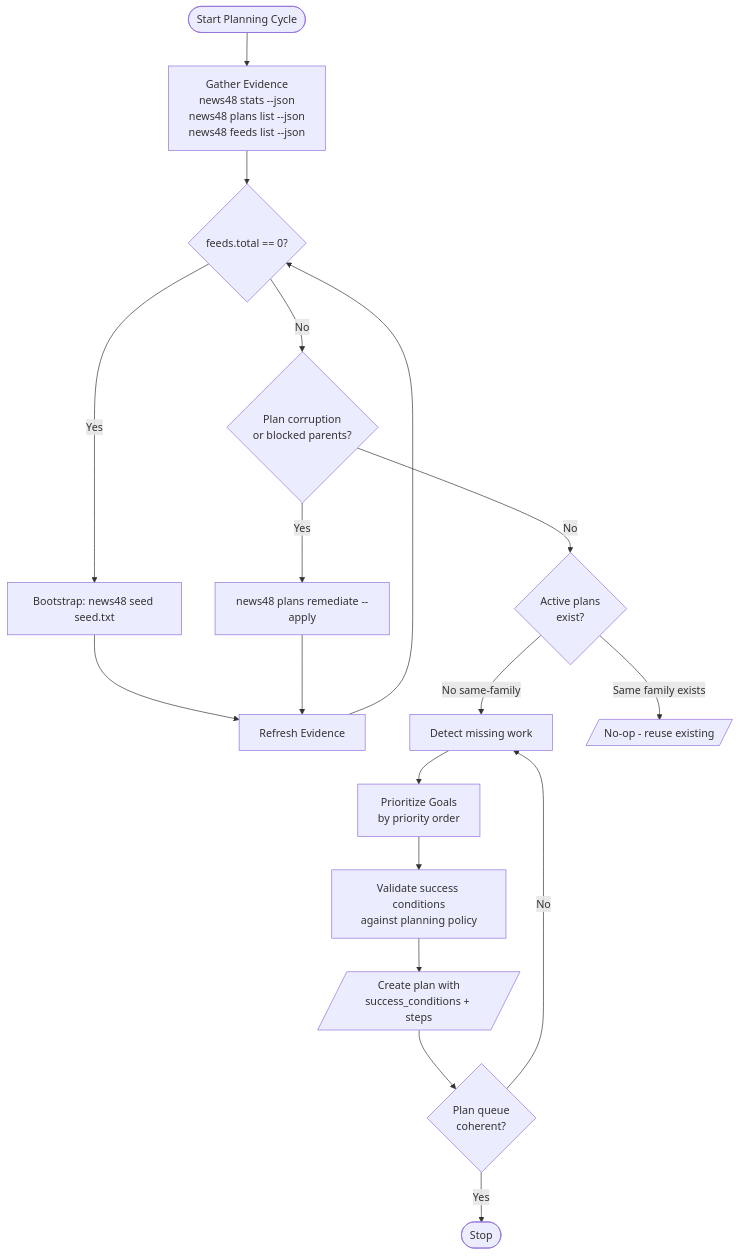
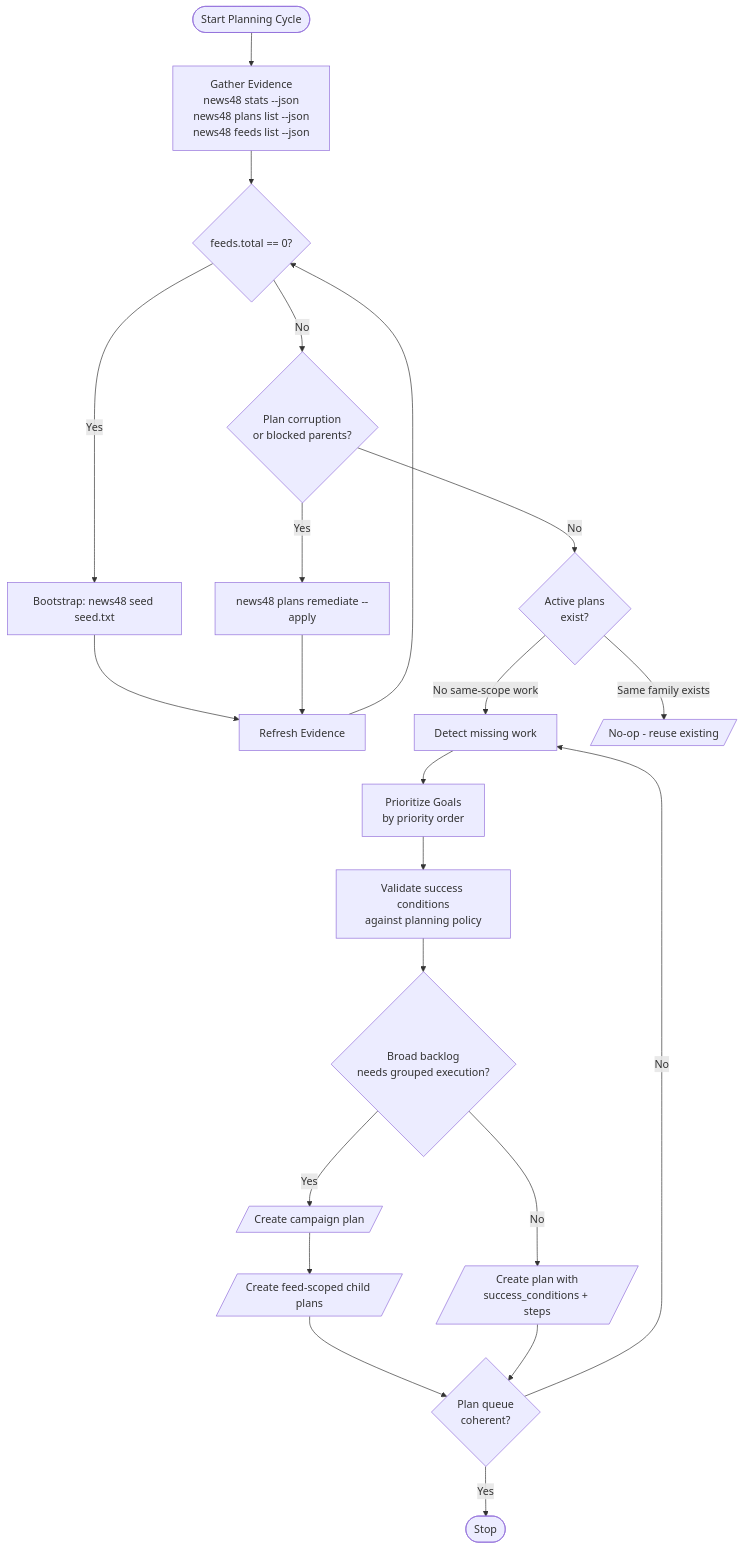
Before and after one commit to malvavisc0/news48: the diagram in agents/skills/planner/business-logic.md, drawn with Mermaid. The commit also changed other lines of this file and 17 other files, not shown here.

````diff
--- a/agents/skills/planner/business-logic.md
+++ b/agents/skills/planner/business-logic.md
@@ -3,20 +3,24 @@
 ```mermaid
 flowchart TD
     Start([Start Planning Cycle]) --> Gather[Gather Evidence<br/>news48 stats --json<br/>news48 plans list --json<br/>news48 feeds list --json]
     Gather --> CheckFeeds{feeds.total == 0?}
     CheckFeeds -->|Yes| Bootstrap[Bootstrap: news48 seed seed.txt]
     Bootstrap --> RefreshGather[Refresh Evidence]
     RefreshGather --> CheckFeeds
     CheckFeeds -->|No| CheckRemediation{Plan corruption<br/>or blocked parents?}
     CheckRemediation -->|Yes| CheckRemediate[news48 plans remediate --apply]
     CheckRemediate --> RefreshGather
     CheckRemediation -->|No| CheckPlans{Active plans<br/>exist?}
-    CheckPlans -->|No same-family| MissingWork[Detect missing work]
+    CheckPlans -->|No same-scope work| MissingWork[Detect missing work]
     CheckPlans -->|Same family exists| Noop[/No-op - reuse existing/]
     MissingWork --> Prioritize[Prioritize Goals<br/>by priority order]
     Prioritize --> Validate[Validate success conditions<br/>against planning policy]
-    Validate --> Create[/Create plan with<br/>success_conditions + steps/]
-    Create --> Coherent{Plan queue<br/>coherent?}
+    Validate --> Campaign{Broad backlog<br/>needs grouped execution?}
+    Campaign -->|Yes| CreateCampaign[/Create campaign plan/]
+    CreateCampaign --> CreateChildren[/Create feed-scoped child plans/]
+    Campaign -->|No| Create[/Create plan with<br/>success_conditions + steps/]
+    CreateChildren --> Coherent{Plan queue<br/>coherent?}
+    Create --> Coherent
     Coherent -->|Yes| Stop([Stop])
     Coherent -->|No| MissingWork
 ```
````
